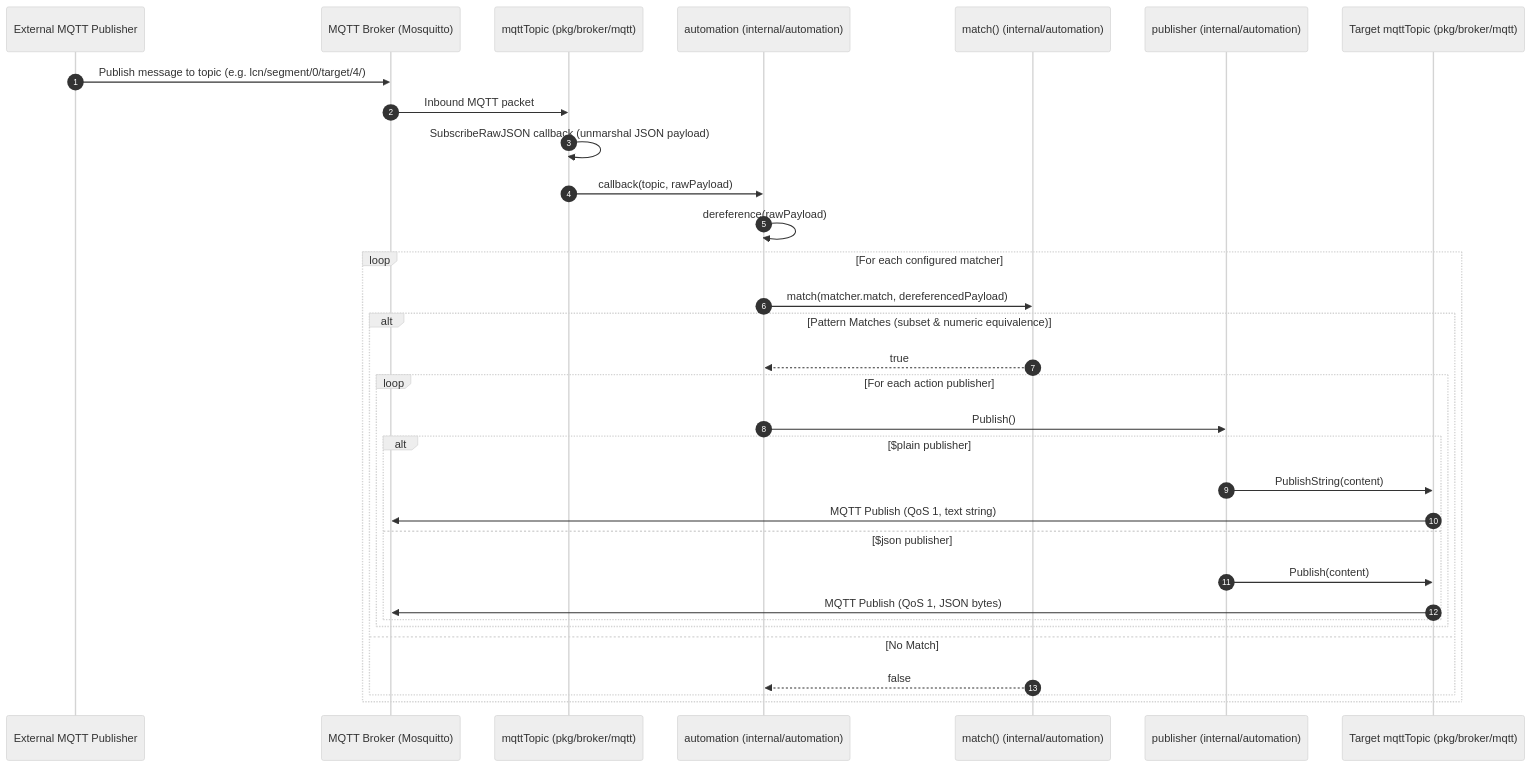
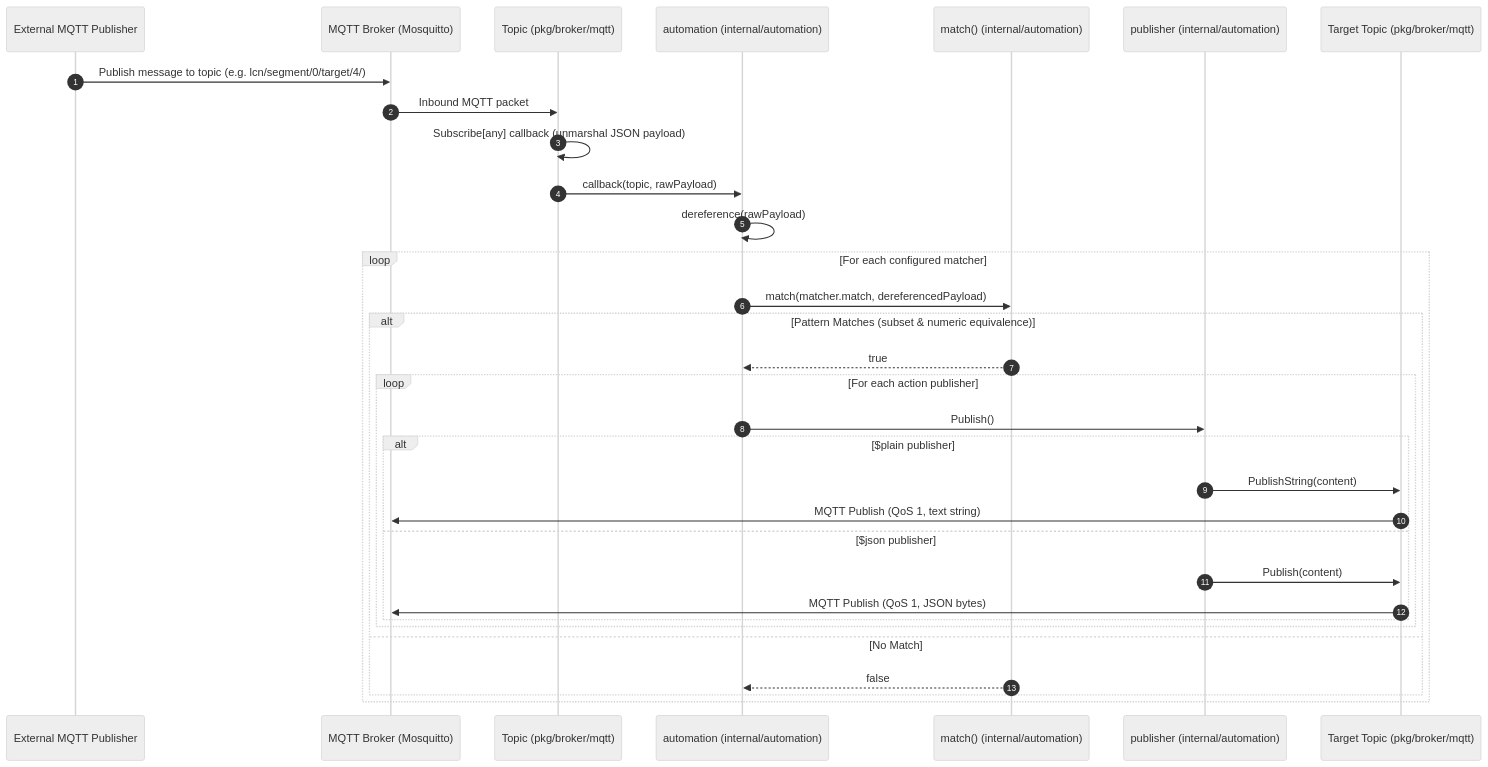
One commit to MyChaOS87/automqttion changed the second of 3 diagrams in docs/ARCHITECTURE.md. Above: the diagram before and after it, drawn with Mermaid (neutral theme). The commit also changed other lines of this file and 20 other files, not shown here.

First line of the commit message:
bugfix(mqtt): re-subscribe topics on broker reconnect

````diff
--- a/docs/ARCHITECTURE.md
+++ b/docs/ARCHITECTURE.md
@@ -71,35 +65,35 @@
 ```mermaid
 sequenceDiagram
     autonumber
     participant External as External MQTT Publisher
     participant Broker as MQTT Broker (Mosquitto)
-    participant MQTTTopic as mqttTopic (pkg/broker/mqtt)
+    participant MQTTTopic as Topic (pkg/broker/mqtt)
     participant Auto as automation (internal/automation)
     participant Matcher as match() (internal/automation)
     participant Pub as publisher (internal/automation)
-    participant TargetTopic as Target mqttTopic (pkg/broker/mqtt)
+    participant TargetTopic as Target Topic (pkg/broker/mqtt)
 
     External->>Broker: Publish message to topic (e.g. lcn/segment/0/target/4/)
     Broker->>MQTTTopic: Inbound MQTT packet
-    MQTTTopic->>MQTTTopic: SubscribeRawJSON callback (unmarshal JSON payload)
+    MQTTTopic->>MQTTTopic: Subscribe[any] callback (unmarshal JSON payload)
     MQTTTopic->>Auto: callback(topic, rawPayload)
     Auto->>Auto: dereference(rawPayload)
     loop For each configured matcher
         Auto->>Matcher: match(matcher.match, dereferencedPayload)
         alt Pattern Matches (subset & numeric equivalence)
             Matcher-->>Auto: true
             loop For each action publisher
                 Auto->>Pub: Publish()
                 alt $plain publisher
                     Pub->>TargetTopic: PublishString(content)
                     TargetTopic->>Broker: MQTT Publish (QoS 1, text string)
                 else $json publisher
                     Pub->>TargetTopic: Publish(content)
                     TargetTopic->>Broker: MQTT Publish (QoS 1, JSON bytes)
                 end
             end
         else No Match
             Matcher-->>Auto: false
         end
     end
 ```
````
